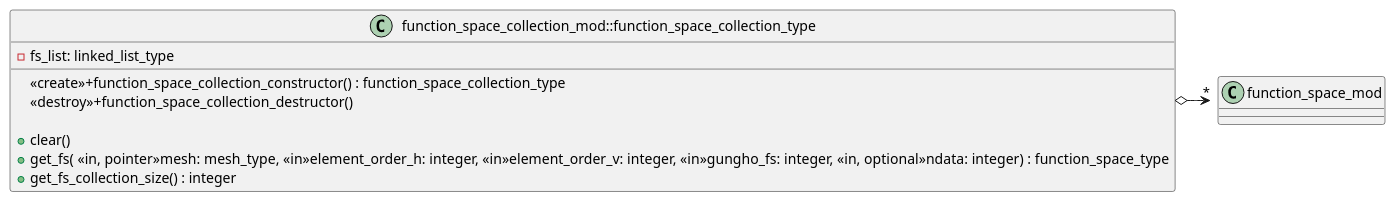
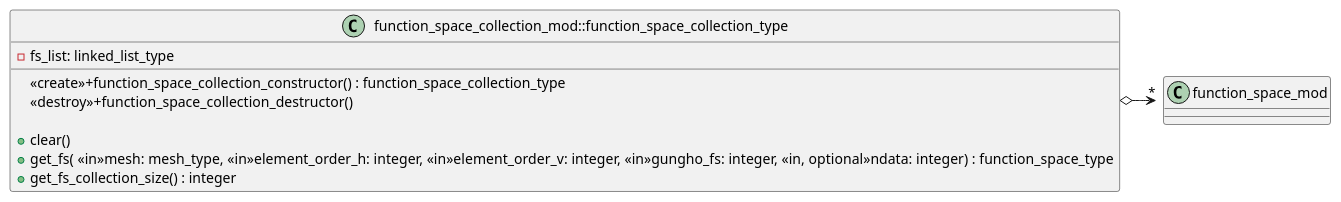
One commit to MetOffice/lfric_core changed the diagram in infrastructure/documentation/uml/field/function_space_collection_mod.iuml. Above: the diagram before and after it, drawn with PlantUML. The commit also changed 18 other files, not shown here.

```diff
--- a/infrastructure/documentation/uml/field/function_space_collection_mod.iuml
+++ b/infrastructure/documentation/uml/field/function_space_collection_mod.iuml
@@ -1,16 +1,16 @@
 ' Copyright (c) 2017,  Met Office, on behalf of HMSO and Queen's Printer
 ' For further details please refer to the file LICENCE which you
 ' should have received as part of this distribution.
 
 class function_space_collection_mod::function_space_collection_type {
   -fs_list: linked_list_type
 
   <<create>>+function_space_collection_constructor() : function_space_collection_type
   <<destroy>>+function_space_collection_destructor()
 
   +clear()
-  +get_fs( <<in, pointer>>mesh: mesh_type, <<in>>element_order_h: integer, <<in>>element_order_v: integer, <<in>>gungho_fs: integer, <<in, optional>>ndata: integer) : function_space_type
+  +get_fs( <<in>>mesh: mesh_type, <<in>>element_order_h: integer, <<in>>element_order_v: integer, <<in>>gungho_fs: integer, <<in, optional>>ndata: integer) : function_space_type
   +get_fs_collection_size() : integer
 }
 
 function_space_collection_mod::function_space_collection_type o-> "*" function_space_mod::function_space_type
```
